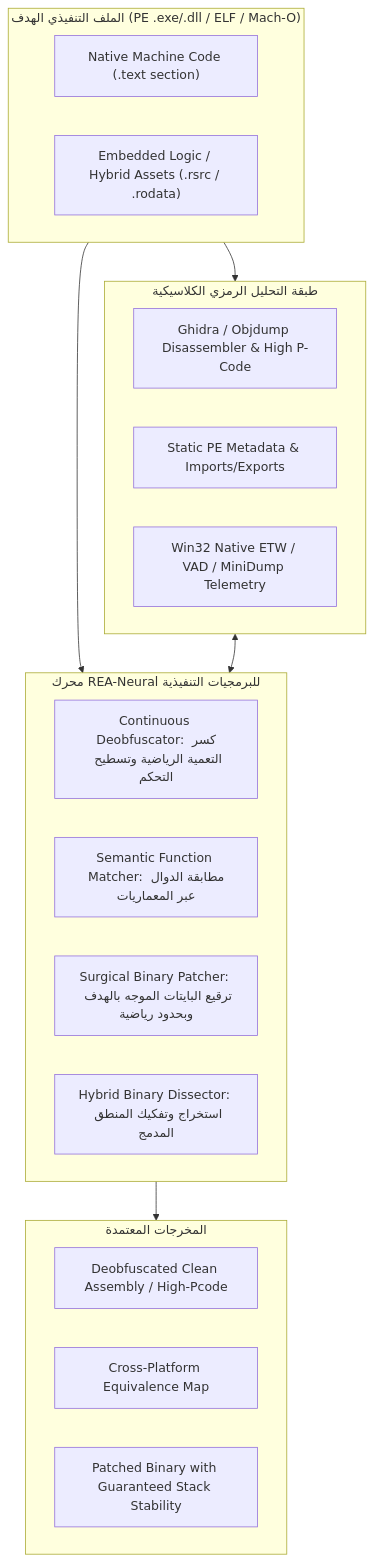
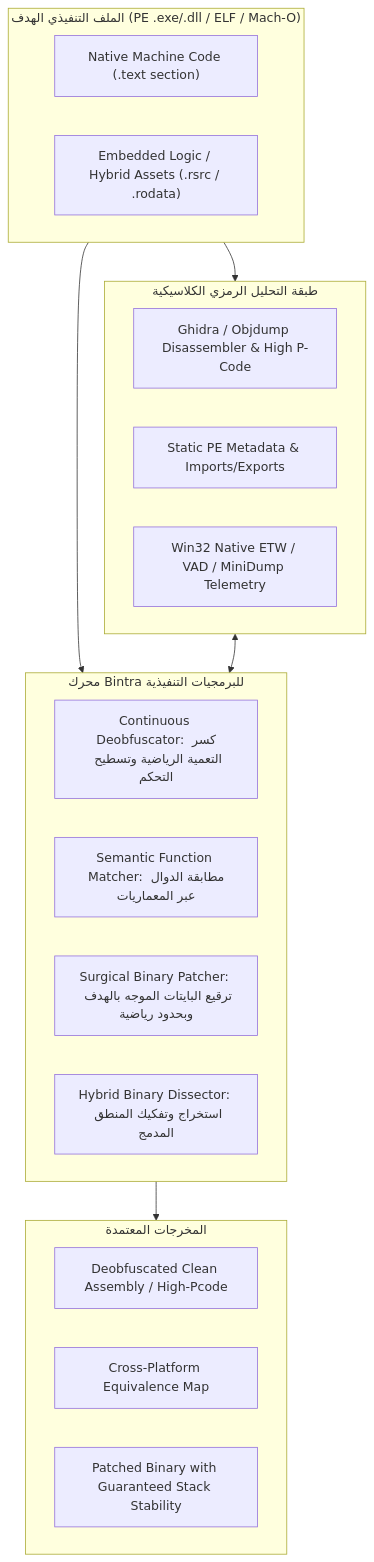
The diagram in docs/architecture.md (bio-colab/bintra), drawn with Mermaid before and after one commit. The commit also changed other lines of this file and 78 other files, not shown here.

````diff
--- a/docs/architecture.md
+++ b/docs/architecture.md
@@ -32,31 +32,31 @@
 ```mermaid
 graph TD
     subgraph InputBinary["الملف التنفيذي الهدف (PE .exe/.dll / ELF / Mach-O)"]
         B1["Native Machine Code (.text section)"]
         B2["Embedded Logic / Hybrid Assets (.rsrc / .rodata)"]
     end
 
     subgraph ClassicalSymbolic["طبقة التحليل الرمزي الكلاسيكية"]
         R1["Ghidra / Objdump Disassembler & High P-Code"]
         R2["Static PE Metadata & Imports/Exports"]
         R3["Win32 Native ETW / VAD / MiniDump Telemetry"]
     end
 
-    subgraph NeuralBinaryCore["محرك REA-Neural للبرمجيات التنفيذية"]
+    subgraph NeuralBinaryCore["محرك Bintra للبرمجيات التنفيذية"]
         N1["Continuous Deobfuscator: كسر التعمية الرياضية وتسطيح التحكم"]
         N2["Semantic Function Matcher: مطابقة الدوال عبر المعماريات"]
         N3["Surgical Binary Patcher: ترقيع البايتات الموجه بالهدف وبحدود رياضية"]
         N4["Hybrid Binary Dissector: استخراج وتفكيك المنطق المدمج"]
     end
 
     subgraph VerifiedOutput["المخرجات المعتمدة"]
         O1["Deobfuscated Clean Assembly / High-Pcode"]
         O2["Cross-Platform Equivalence Map"]
         O3["Patched Binary with Guaranteed Stack Stability"]
     end
 
     InputBinary --> ClassicalSymbolic
     InputBinary --> NeuralBinaryCore
     ClassicalSymbolic <--> NeuralBinaryCore
     NeuralBinaryCore --> VerifiedOutput
 ```
````
